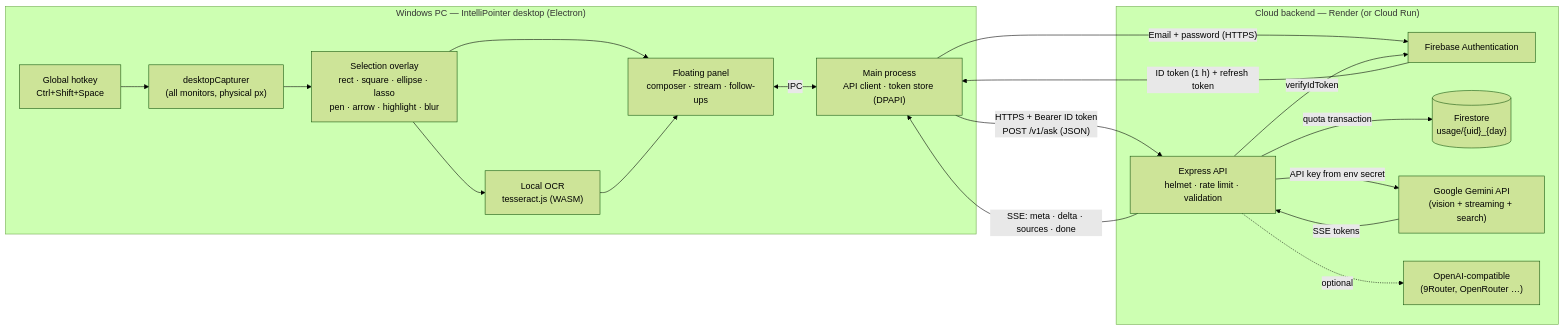
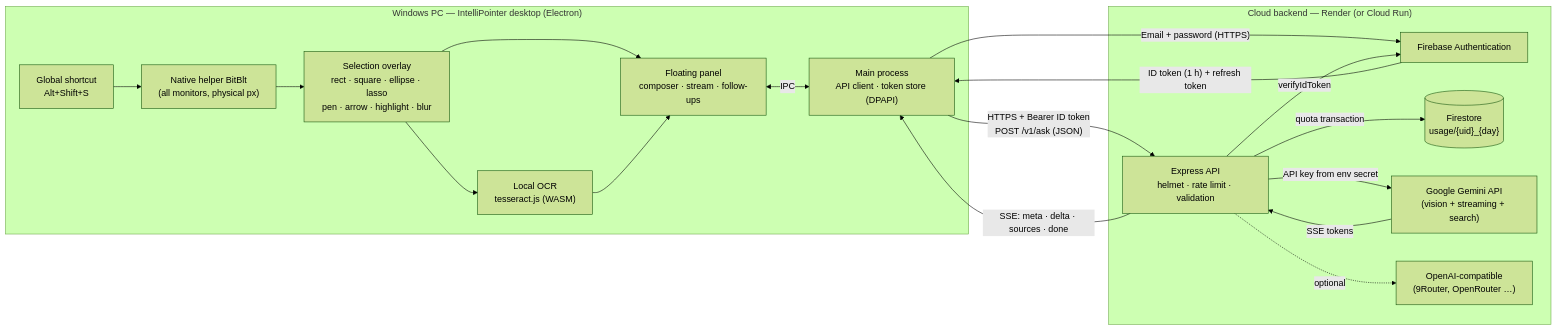
One commit to WillyEverGreen/Intelli-Pointer-AI changed the diagram in README.md. Above: the diagram before and after it, drawn with Mermaid (forest theme). The commit also changed other lines of this file and 35 other files, not shown here.

````diff
--- a/README.md
+++ b/README.md
@@ -11,26 +13,26 @@
 ```mermaid
 flowchart LR
   subgraph PC["Windows PC — IntelliPointer desktop (Electron)"]
-    HK["Global hotkey<br/>Ctrl+Shift+Space"] --> CAP["desktopCapturer<br/>(all monitors, physical px)"]
+    HK["Global shortcut<br/>Alt+Shift+S"] --> CAP["Native helper BitBlt<br/>(all monitors, physical px)"]
     CAP --> OV["Selection overlay<br/>rect · square · ellipse · lasso<br/>pen · arrow · highlight · blur"]
     OV --> OCR["Local OCR<br/>tesseract.js (WASM)"]
     OV --> PANEL["Floating panel<br/>composer · stream · follow-ups"]
     OCR --> PANEL
     MAIN["Main process<br/>API client · token store (DPAPI)"]
     PANEL <-->|IPC| MAIN
   end
 
   MAIN -->|"Email + password (HTTPS)"| FA["Firebase Authentication"]
   FA -->|"ID token (1 h) + refresh token"| MAIN
   MAIN -->|"HTTPS + Bearer ID token<br/>POST /v1/ask (JSON)"| API
 
   subgraph CLOUD["Cloud backend — Render (or Cloud Run)"]
     API["Express API<br/>helmet · rate limit · validation"]
     API -->|verifyIdToken| FA
     API -->|"quota transaction"| FS[("Firestore<br/>usage/{uid}_{day}")]
     API -->|"API key from env secret"| GEM["Google Gemini API<br/>(vision + streaming + search)"]
     API -.->|optional| OAI["OpenAI-compatible<br/>(9Router, OpenRouter …)"]
   end
 
   GEM -->|SSE tokens| API -->|"SSE: meta · delta · sources · done"| MAIN
 ```
````
